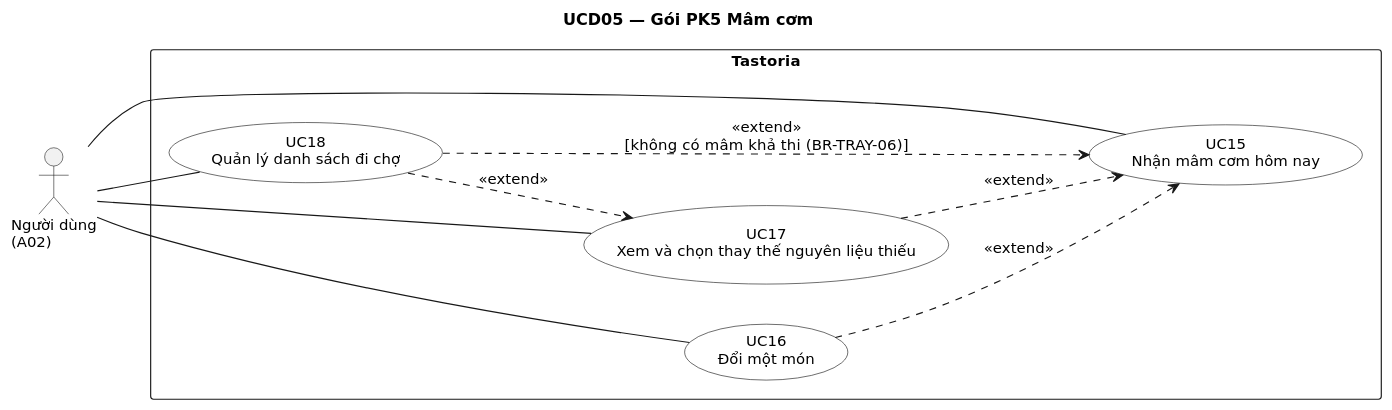
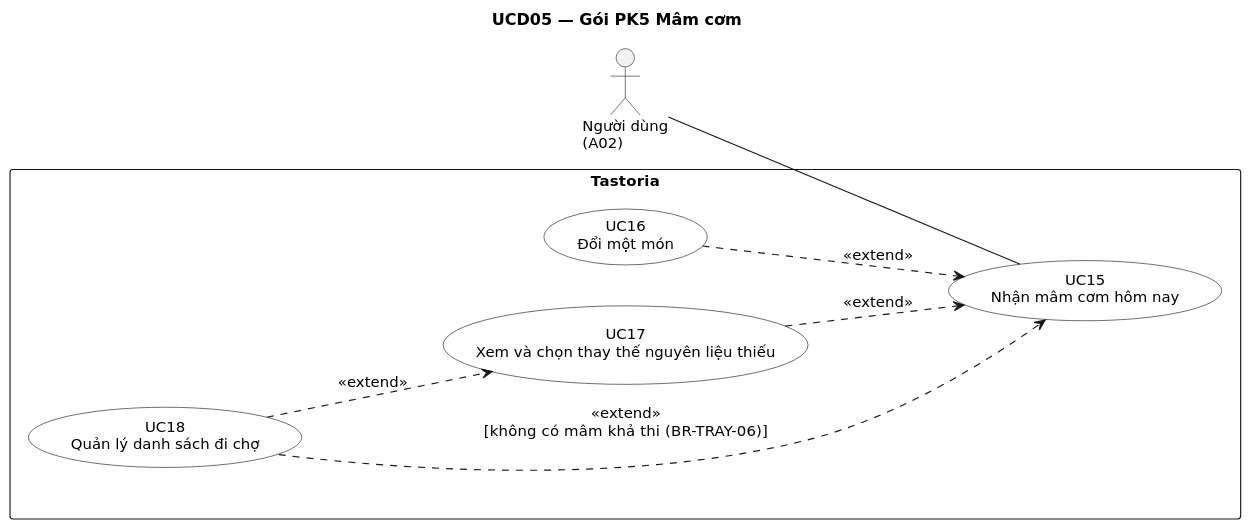
The diagram in docs/uml/usecase/UCD05-mam-com.puml (NamBuw/Tastoria), drawn with PlantUML before and after one commit. The commit also changed 134 other files, not shown here.

First line of the commit message:
docs: keep extension use cases off actor lines and tune diagram grids

```diff
--- a/docs/uml/usecase/UCD05-mam-com.puml
+++ b/docs/uml/usecase/UCD05-mam-com.puml
@@ -1,33 +1,30 @@
 @startuml
 title UCD05 — Gói PK5 Mâm cơm
 ' Sinh từ docs/sad/tools/diagrams/model.py — sửa ở đó rồi chạy gen_puml.py, không sửa tay.
 skinparam shadowing false
 skinparam defaultFontName DejaVu Sans
 skinparam defaultFontSize 13
 skinparam dpi 110
 
 left to right direction
 skinparam packageStyle rectangle
 skinparam actorStyle stick
 skinparam usecase {
   BackgroundColor White
   BorderColor Black
 }
 
 actor "Người dùng\n(A02)" as A02
 rectangle "Tastoria" {
   usecase "UC15\nNhận mâm cơm hôm nay" as UC15
   usecase "UC16\nĐổi một món" as UC16
   usecase "UC17\nXem và chọn thay thế nguyên liệu thiếu" as UC17
   usecase "UC18\nQuản lý danh sách đi chợ" as UC18
 }
 
 A02 -- UC15
-A02 -- UC16
-A02 -- UC17
-A02 -- UC18
 UC16 ..> UC15 : <<extend>>
 UC17 ..> UC15 : <<extend>>
 UC18 ..> UC17 : <<extend>>
 UC18 ..> UC15 : <<extend>>\n[không có mâm khả thi (BR-TRAY-06)]
 @enduml
```
